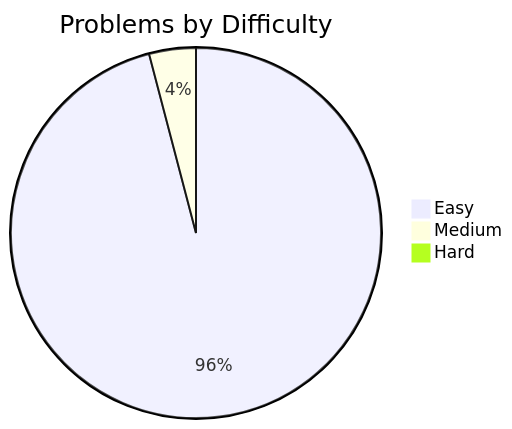
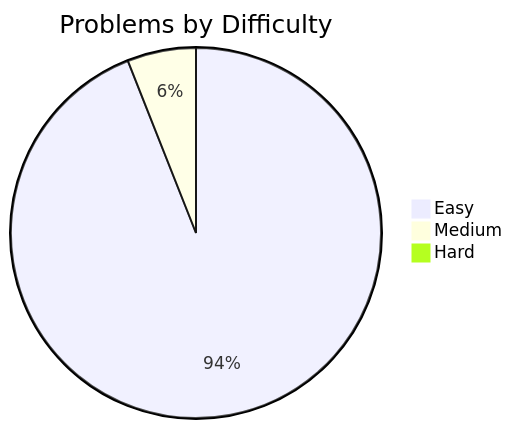
Before and after one commit to davelin18yufan/leetcode-journal: the diagram in README.md, drawn with Mermaid. The commit also changed other lines of this file and 4 other files, not shown here.

````diff
--- a/README.md
+++ b/README.md
@@ -7,7 +7,7 @@
 ```mermaid
 pie
     title Problems by Difficulty
     "Easy" : 47
-    "Medium" : 2
+    "Medium" : 3
     "Hard" : 0
 ```
````
